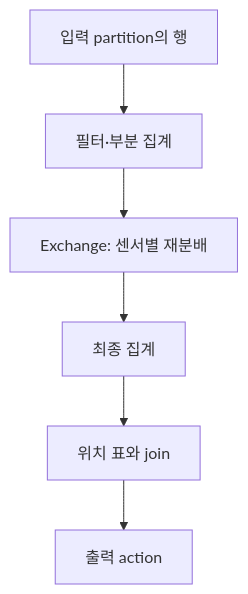
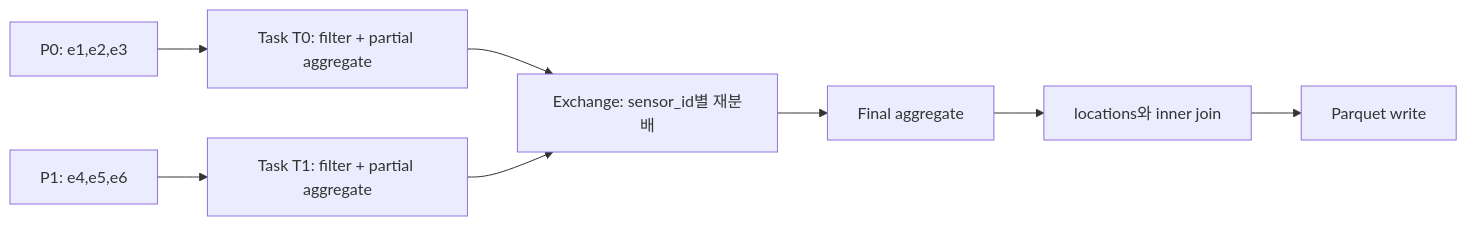
One commit to mj006648/netai-devsecops-runbook changed the diagram in learning/apache-spark/11-local-labs.md. Above: the diagram before and after it, drawn with Mermaid. The commit also changed other lines of this file and 68 other files, not shown here.

````diff
--- a/learning/apache-spark/11-local-labs.md
+++ b/learning/apache-spark/11-local-labs.md
@@ -99,8 +115,10 @@
-```mermaid
-flowchart TB
-    A["입력 partition의 행"] --> B["필터·부분 집계"]
-    B --> X["Exchange: 센서별 재분배"]
-    X --> C["최종 집계"]
-    C --> J["위치 표와 join"]
-    J --> O["출력 action"]
-```
+~~~mermaid
+flowchart LR
+    P0["P0: e1,e2,e3"] --> T0["Task T0: filter + partial aggregate"]
+    P1["P1: e4,e5,e6"] --> T1["Task T1: filter + partial aggregate"]
+    T0 --> X["Exchange: sensor_id별 재분배"]
+    T1 --> X
+    X --> F["Final aggregate"]
+    F --> J["locations와 inner join"]
+    J --> W["Parquet write"]
+~~~
````
